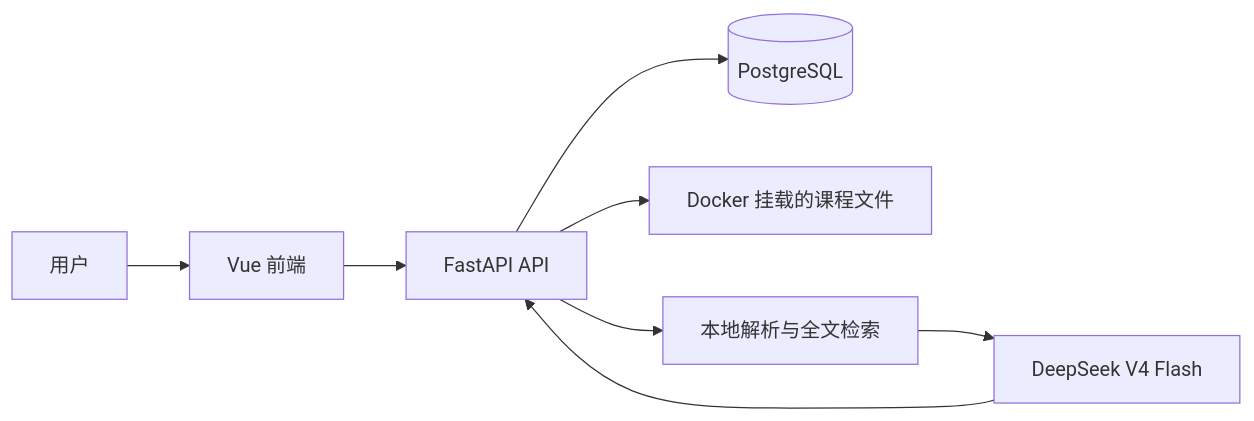
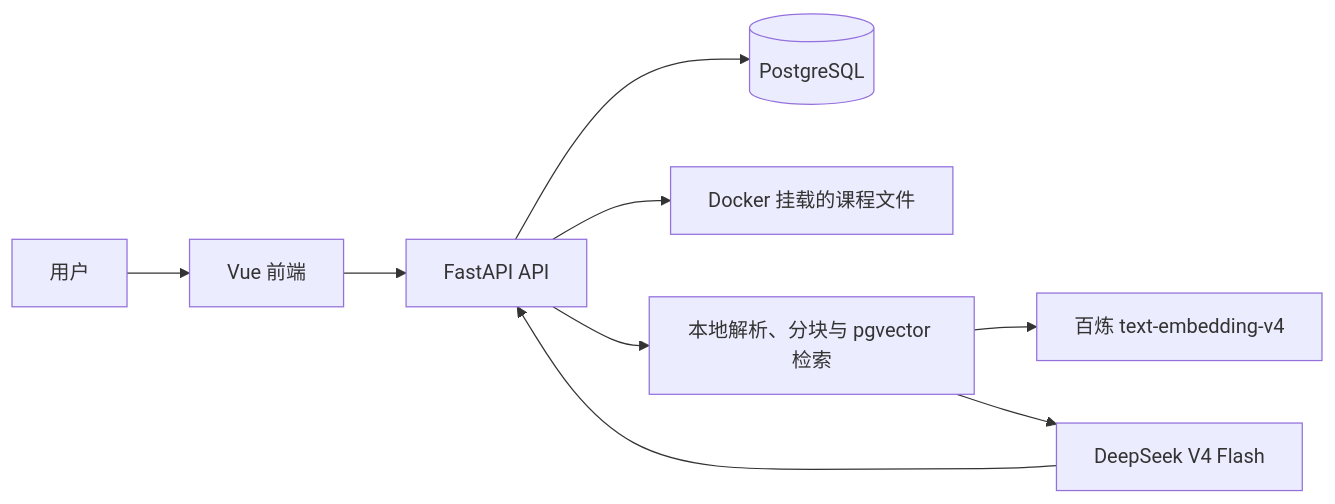
The diagram in README.md (FlowWhite/course-agent), drawn with Mermaid before and after one commit. The commit also changed other lines of this file and 36 other files, not shown here.

````diff
--- a/README.md
+++ b/README.md
@@ -27,10 +27,11 @@
 ```mermaid
 flowchart LR
     U["用户"] --> W["Vue 前端"]
     W --> A["FastAPI API"]
     A --> P[("PostgreSQL")]
     A --> F["Docker 挂载的课程文件"]
-    A --> X["本地解析与全文检索"]
+    A --> X["本地解析、分块与 pgvector 检索"]
+    X --> E["百炼 text-embedding-v4"]
     X --> D["DeepSeek V4 Flash"]
     D --> A
 ```
````
